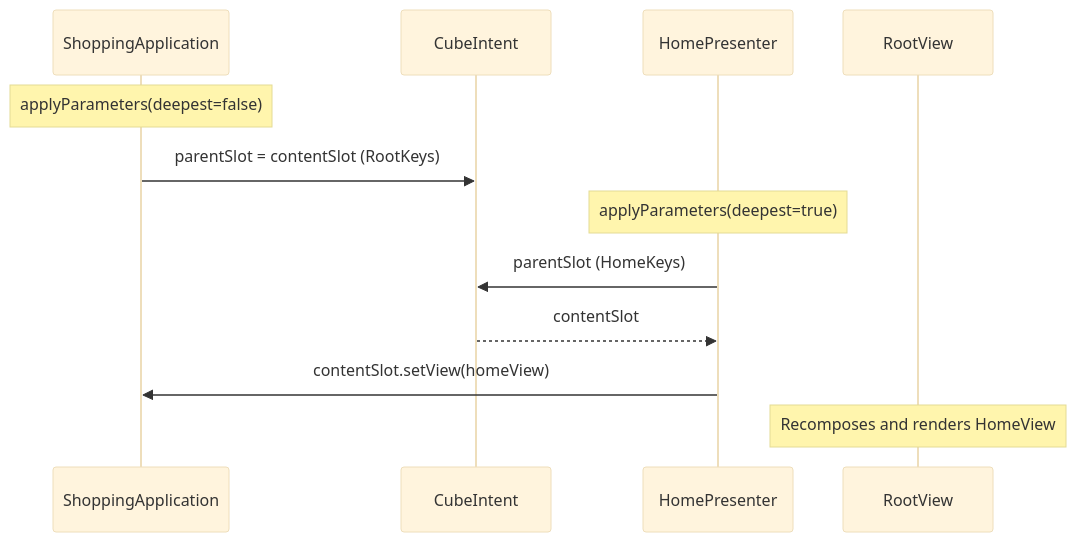
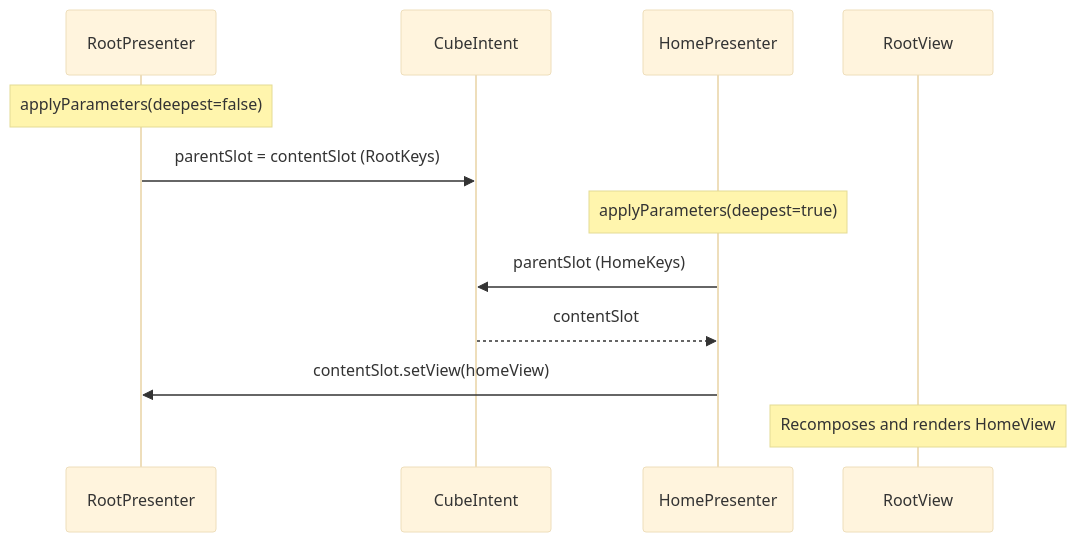
One commit to mrcdom/wdc-cube-kotlin changed the seventh of 10 diagrams in docs/architecture.md. Above: the diagram before and after it, drawn with Mermaid (base theme). The commit also changed other lines of this file and 62 other files, not shown here.

First line of the commit message:
refactor(presentation): ShoppingApplication is RootPresenter

````diff
--- a/docs/architecture.md
+++ b/docs/architecture.md
@@ -353,16 +353,16 @@
 ```mermaid
 sequenceDiagram
-    participant Root as ShoppingApplication
+    participant Root as RootPresenter
     participant Intent as CubeIntent
     participant Home as HomePresenter
     participant RootView as RootView
 
     Note over Root: applyParameters(deepest=false)
     Root->>Intent: parentSlot = contentSlot (RootKeys)
 
     Note over Home: applyParameters(deepest=true)
     Home->>Intent: parentSlot (HomeKeys)
     Intent-->>Home: contentSlot
     Home->>Root: contentSlot.setView(homeView)
     Note over RootView: Recomposes and renders HomeView
 ```
````
